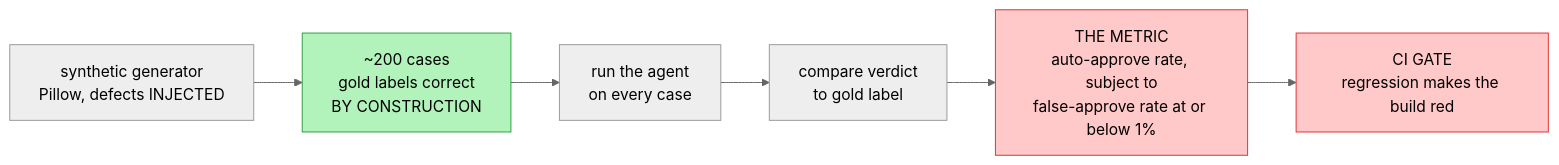
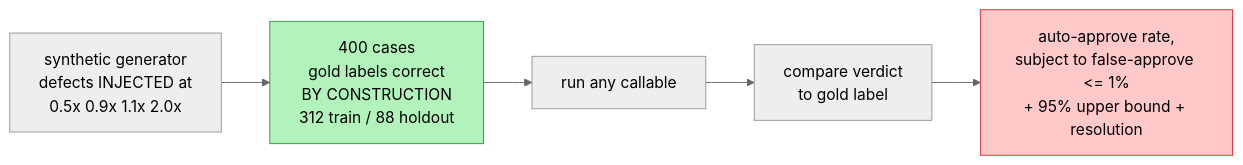
Before and after one commit to ashvolt/agents: the fourth of 4 diagrams in capstone/docs/architecture.md, drawn with Mermaid (neutral theme). The commit also changed other lines of this file and 2 other files, not shown here.

First line of the commit message:
docs: architecture and diagrams rebuilt as-built; spec carries measured outcomes

````diff
--- a/capstone/docs/architecture.md
+++ b/capstone/docs/architecture.md
@@ -208,12 +192,10 @@
 ```mermaid
 flowchart LR
-    G[synthetic generator<br/>Pillow, defects INJECTED] --> DS[~200 cases<br/>gold labels correct<br/>BY CONSTRUCTION]
-    DS --> R[run the agent<br/>on every case]
+    G[synthetic generator<br/>defects INJECTED at<br/>0.5x 0.9x 1.1x 2.0x] --> DS[400 cases<br/>gold labels correct<br/>BY CONSTRUCTION<br/>312 train / 88 holdout]
+    DS --> R[run any callable]
     R --> CMP[compare verdict<br/>to gold label]
-    CMP --> MET["THE METRIC<br/>auto-approve rate, subject to<br/>false-approve rate at or below 1%"]
-    MET --> CI[CI GATE<br/>regression makes the build red]
+    CMP --> MET["auto-approve rate,<br/>subject to false-approve <= 1%<br/>+ 95% upper bound + resolution"]
 
     style DS fill:#b2f2bb,stroke:#2f9e44
     style MET fill:#ffc9c9,stroke:#e03131
-    style CI fill:#ffc9c9,stroke:#e03131
 ```
````
